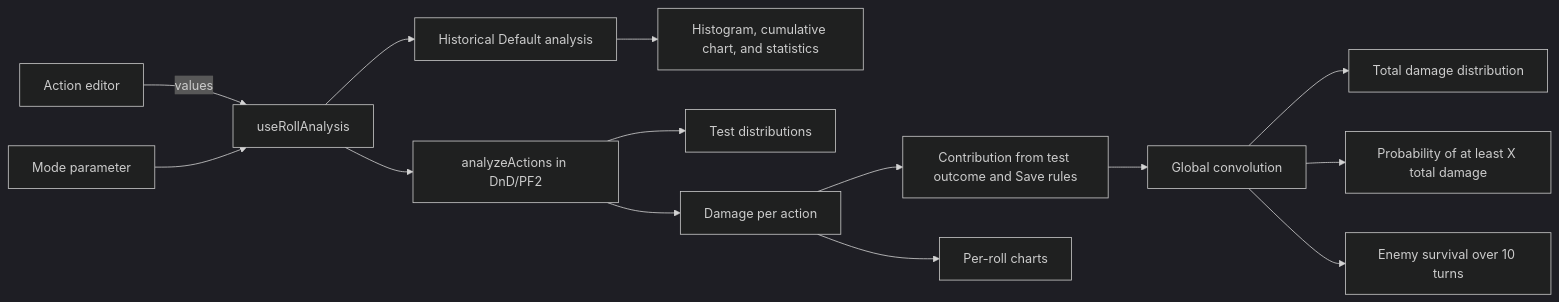
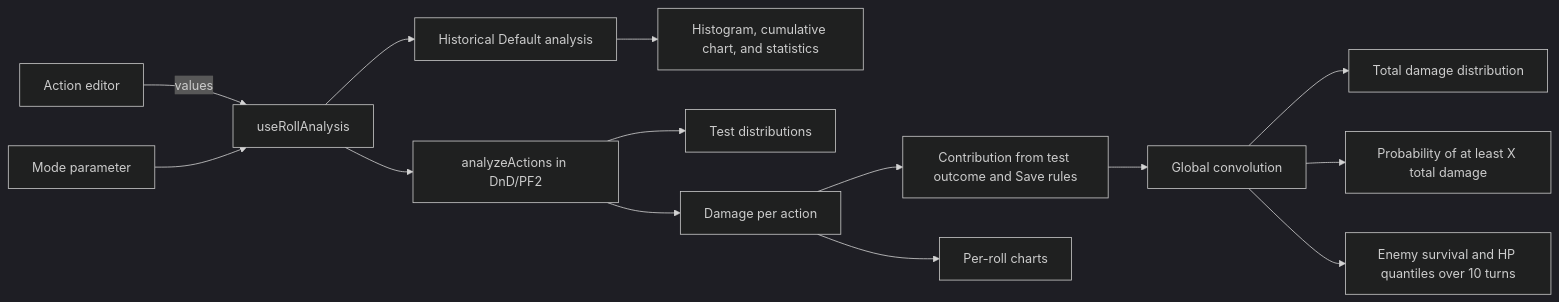
One commit to ahighwind/dice-analyzer changed the diagram in docs/architecture.md. Above: the diagram before and after it, drawn with Mermaid (dark theme). The commit also changed other lines of this file and 4 other files, not shown here.

Commit message:
Add graph for enermi hp drop

````diff
--- a/docs/architecture.md
+++ b/docs/architecture.md
@@ -24,16 +24,16 @@
 ```mermaid
 flowchart LR
   Controls[Action editor] -->|values| State[useRollAnalysis]
   URL[Mode parameter] --> State
   State --> Legacy[Historical Default analysis]
   State --> Domain[analyzeActions in DnD/PF2]
   Legacy --> OldCharts[Histogram, cumulative chart, and statistics]
   Domain --> Tests[Test distributions]
   Domain --> ActionDamage[Damage per action]
   ActionDamage --> Contribution[Contribution from test outcome and Save rules]
   Contribution --> Total[Global convolution]
   ActionDamage --> Individual[Per-roll charts]
   Total --> TotalChart[Total damage distribution]
   Total --> Threshold[Probability of at least X total damage]
-  Total --> Survival[Enemy survival over 10 turns]
+  Total --> Survival[Enemy survival and HP quantiles over 10 turns]
 ```
````
